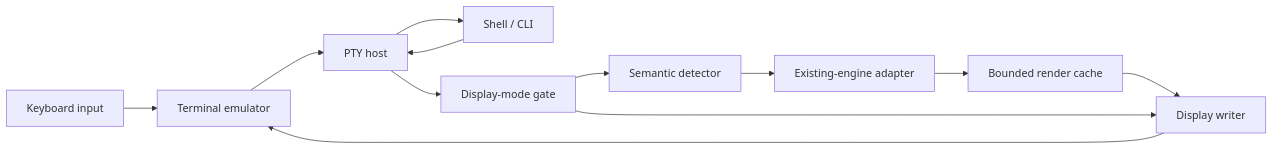
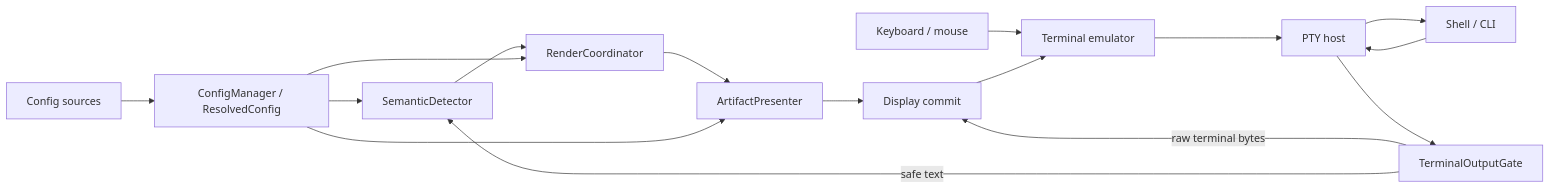
Before and after one commit to iwashita-nozomu/ptymark: the diagram in documents/architecture.md, drawn with Mermaid. The commit also changed other lines of this file, not shown here.

Commit message:
Align architecture with configuration and renderer skeleton

````diff
--- a/documents/architecture.md
+++ b/documents/architecture.md
@@ -23,14 +40,18 @@
 ```mermaid
 flowchart LR
-    User[Keyboard input] --> Terminal[Terminal emulator]
+    Config[Config sources] --> Resolve[ConfigManager / ResolvedConfig]
+    User[Keyboard / mouse] --> Terminal[Terminal emulator]
     Terminal --> Host[PTY host]
     Host --> Child[Shell / CLI]
     Child --> Host
-    Host --> Gate[Display-mode gate]
-    Gate --> Detector[Semantic detector]
-    Detector --> Adapter[Existing-engine adapter]
-    Adapter --> Cache[Bounded render cache]
-    Cache --> Writer[Display writer]
-    Gate --> Writer
-    Writer --> Terminal
+    Host --> Gate[TerminalOutputGate]
+    Gate -->|raw terminal bytes| Commit[Display commit]
+    Gate -->|safe text| Detector[SemanticDetector]
+    Detector --> Coordinator[RenderCoordinator]
+    Coordinator --> Presenter[ArtifactPresenter]
+    Presenter --> Commit
+    Commit --> Terminal
+    Resolve --> Detector
+    Resolve --> Coordinator
+    Resolve --> Presenter
 ```
````
